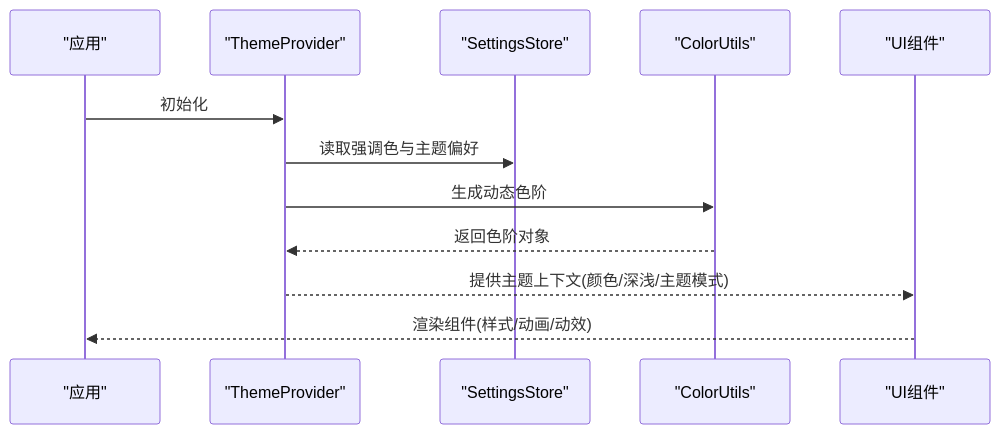
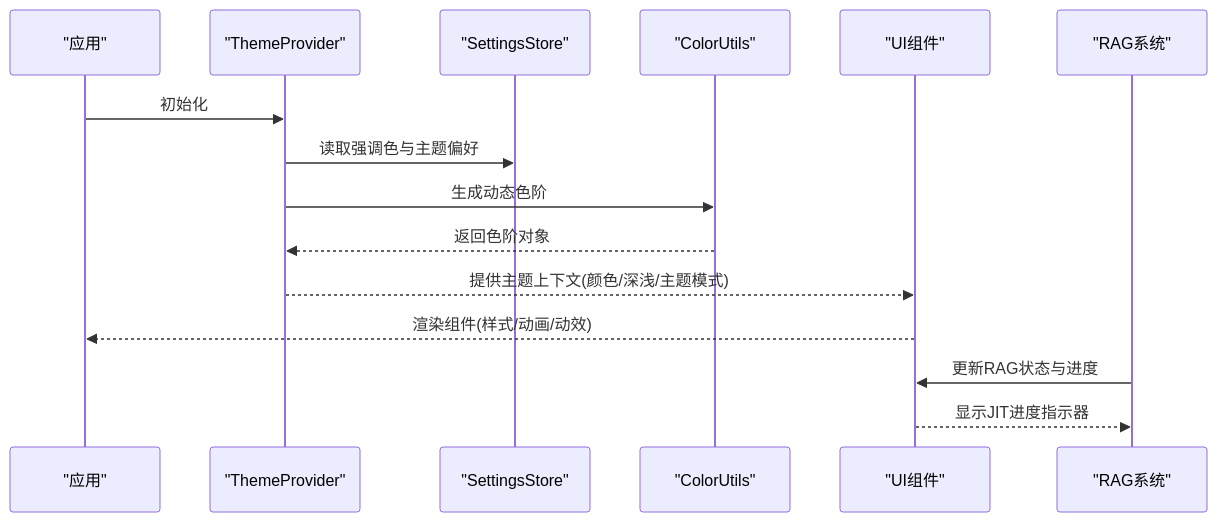
One commit to NarcisWL/Nexara changed the second of 8 diagrams in .qoder/repowiki/zh/content/UI组件系统/UI组件系统.md. Above: the diagram before and after it, drawn with Mermaid. The commit also changed other lines of this file and 6 other files, not shown here.

````diff
--- a/.qoder/repowiki/zh/content/UI组件系统/UI组件系统.md
+++ b/.qoder/repowiki/zh/content/UI组件系统/UI组件系统.md
@@ -131,14 +168,17 @@
 ```mermaid
 sequenceDiagram
 participant App as "应用"
 participant Provider as "ThemeProvider"
 participant Store as "SettingsStore"
 participant Utils as "ColorUtils"
 participant UI as "UI组件"
+participant RAG as "RAG系统"
 App->>Provider : 初始化
 Provider->>Store : 读取强调色与主题偏好
 Provider->>Utils : 生成动态色阶
 Utils-->>Provider : 返回色阶对象
 Provider-->>UI : 提供主题上下文(颜色/深浅/主题模式)
 UI-->>App : 渲染组件(样式/动画/动效)
+RAG->>UI : 更新RAG状态与进度
+UI-->>RAG : 显示JIT进度指示器
 ```
````
